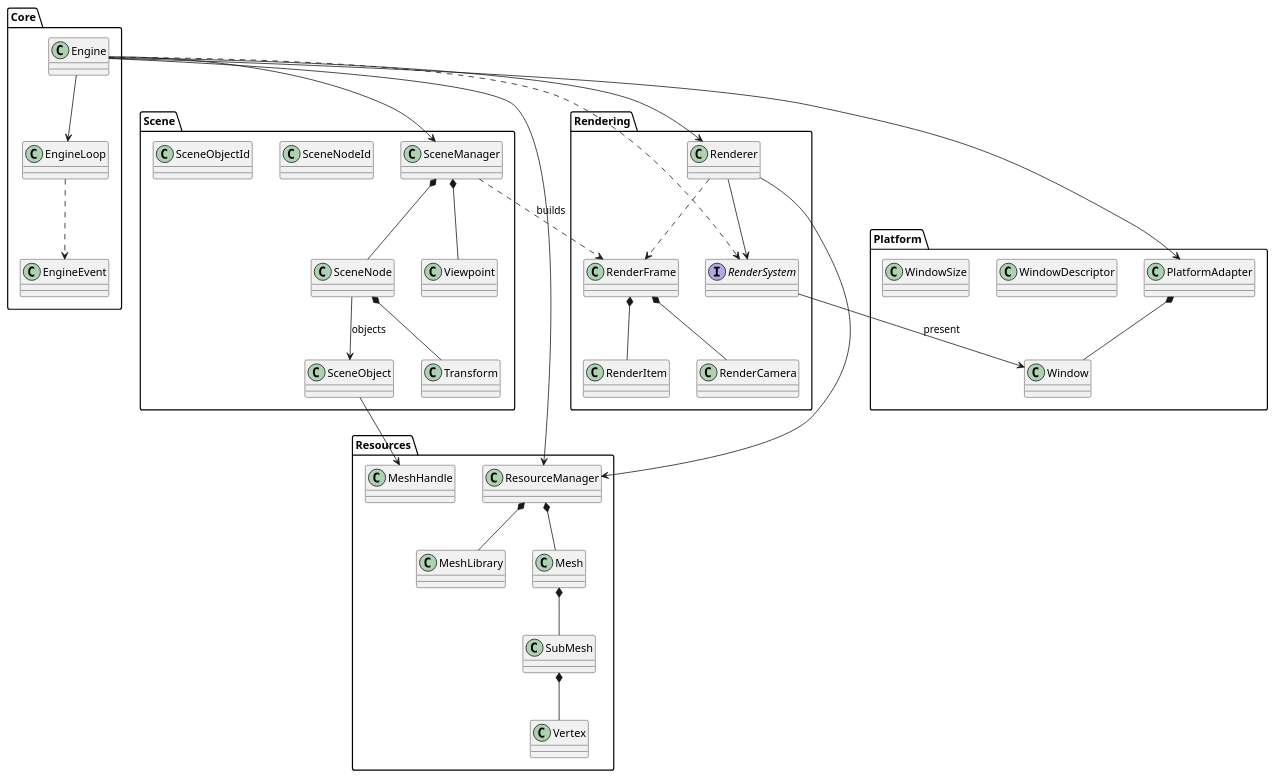
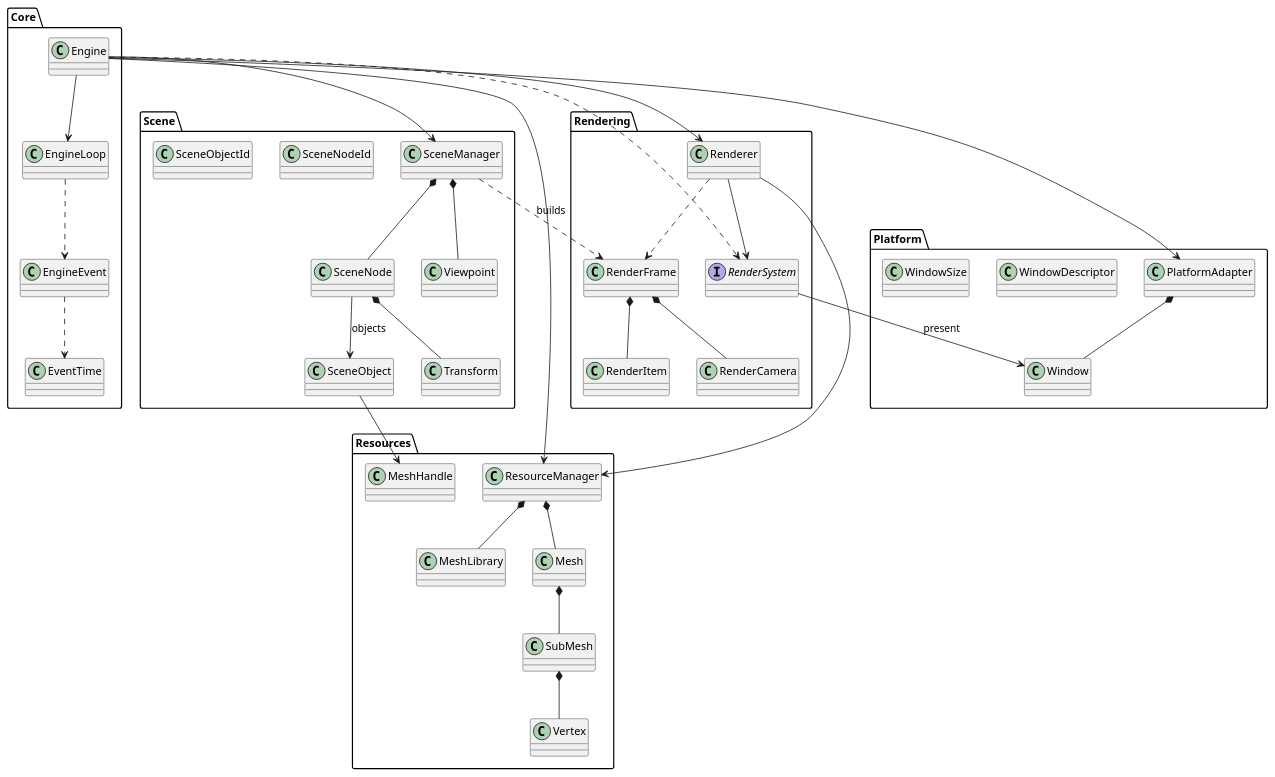
The first of 5 diagrams in docs/FREAK_Engine_Architecture.md (BFGEG/BFGE), drawn with PlantUML before and after one commit. The commit also changed other lines of this file and 4 other files, not shown here.

````diff
--- a/docs/FREAK_Engine_Architecture.md
+++ b/docs/FREAK_Engine_Architecture.md
@@ -1117,76 +1128,78 @@
 ```plantuml
 @startuml
 
 package Core {
     class Engine
     class EngineLoop
     class EngineEvent
+    class EventTime
 }
 
 package Scene {
     class SceneManager
     class SceneNode
     class SceneObject
     class Viewpoint
 
     class Transform
     class SceneNodeId
     class SceneObjectId
 }
 
 package Resources {
     class ResourceManager
     class MeshLibrary
     class Mesh
     class SubMesh
     class Vertex
     class MeshHandle
 }
 
 package Platform {
     class PlatformAdapter
     class Window
     class WindowDescriptor
     class WindowSize
 }
 
 package Rendering {
     class RenderFrame
     class RenderItem
     class RenderCamera
 
     interface RenderSystem
     class Renderer
 }
 
 Engine --> SceneManager
 Engine --> ResourceManager
 Engine --> Renderer
 Engine ..> RenderSystem
 Engine --> EngineLoop
 Engine --> PlatformAdapter
 EngineLoop ..> EngineEvent
+EngineEvent ..> EventTime
 PlatformAdapter *-- Window
 RenderSystem --> Window : present
 
 SceneManager *-- SceneNode
 SceneManager *-- Viewpoint
 SceneNode --> SceneObject : objects
 SceneObject --> MeshHandle
 SceneNode *-- Transform
 
 ResourceManager *-- Mesh
 ResourceManager *-- MeshLibrary
 Mesh *-- SubMesh
 SubMesh *-- Vertex
 
 SceneManager ..> RenderFrame : builds
 RenderFrame *-- RenderItem
 RenderFrame *-- RenderCamera
 
 Renderer --> RenderSystem
 Renderer ..> RenderFrame
 Renderer --> ResourceManager
 
 @enduml
 ```
````
